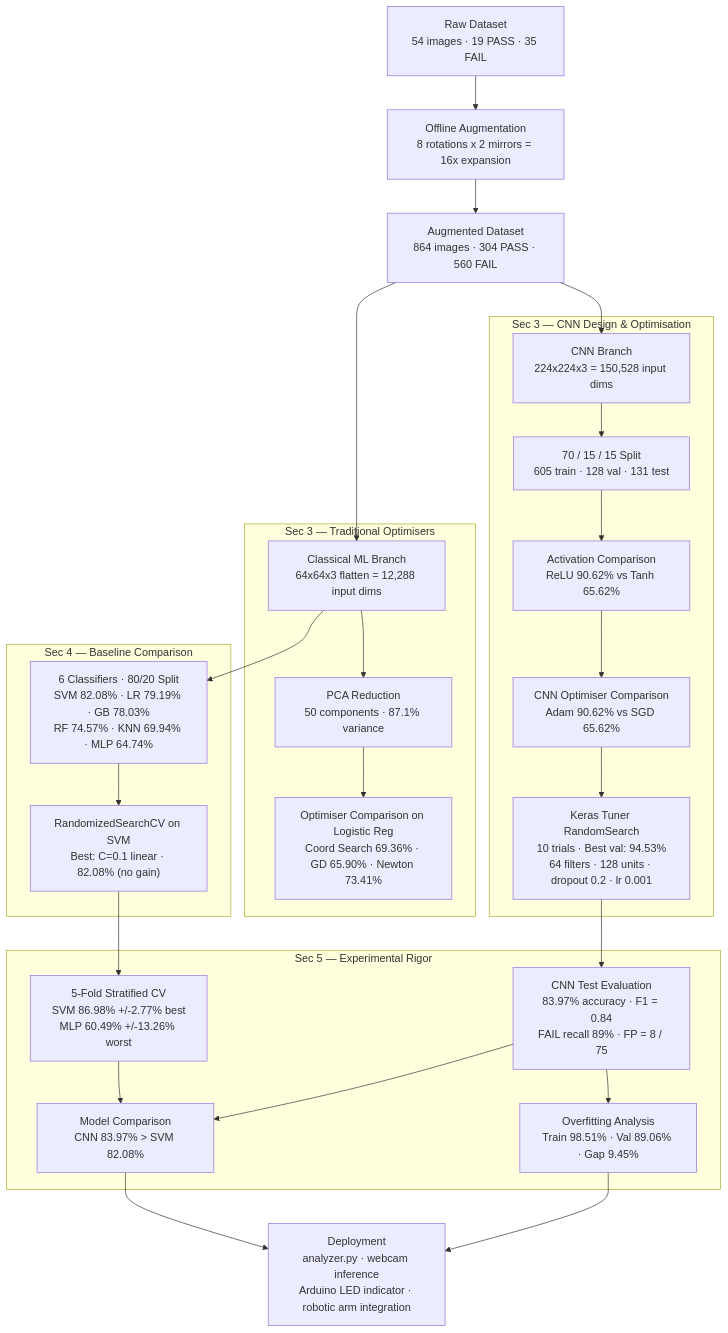
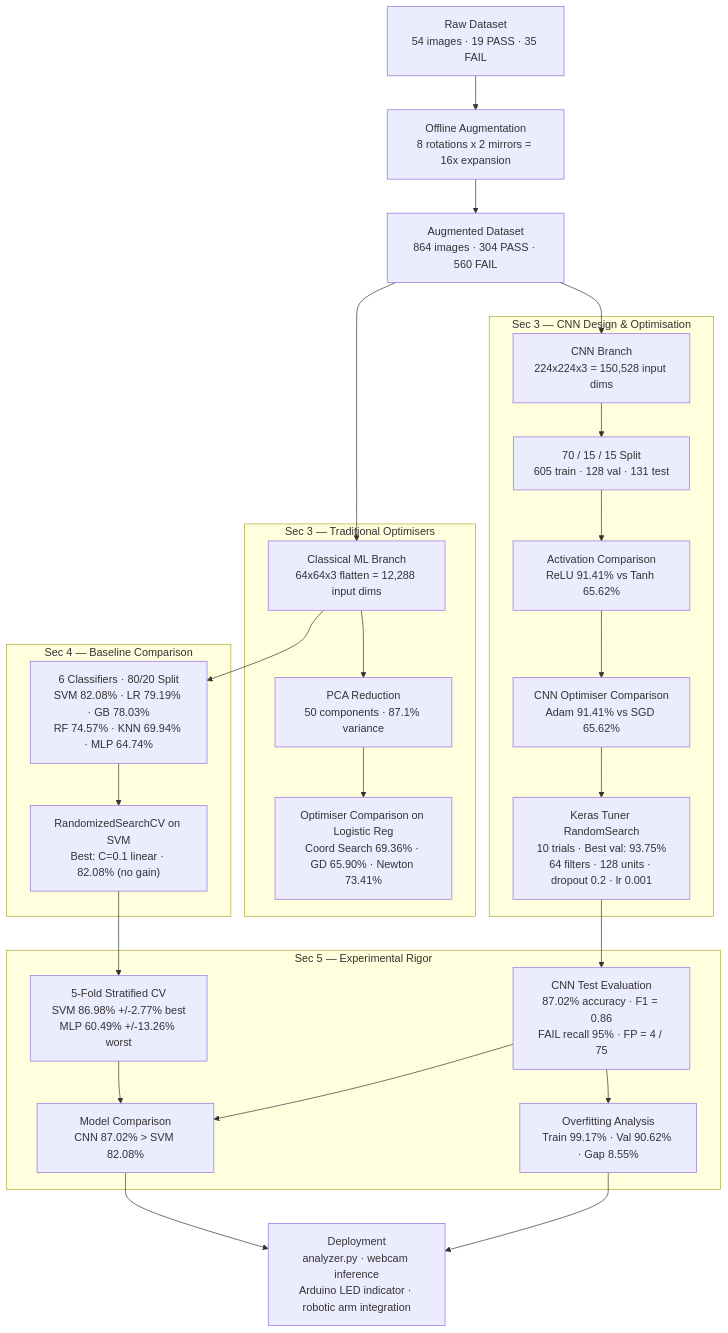
The diagram in README.md (MrRox1337/breadboard-analyzer), drawn with Mermaid before and after one commit. The commit also changed other lines of this file and 1 other file, not shown here.

````diff
--- a/README.md
+++ b/README.md
@@ -181,36 +182,36 @@
 ```mermaid
 flowchart TD
     A["Raw Dataset\n54 images · 19 PASS · 35 FAIL"] --> B["Offline Augmentation\n8 rotations x 2 mirrors = 16x expansion"]
     B --> C["Augmented Dataset\n864 images · 304 PASS · 560 FAIL"]
 
     C --> CNN["CNN Branch\n224x224x3 = 150,528 input dims"]
     C --> CML["Classical ML Branch\n64x64x3 flatten = 12,288 input dims"]
 
     subgraph S3_CNN["Sec 3 — CNN Design & Optimisation"]
         CNN --> SP["70 / 15 / 15 Split\n605 train · 128 val · 131 test"]
-        SP --> ACT["Activation Comparison\nReLU 90.62% vs Tanh 65.62%"]
-        ACT --> OPT["CNN Optimiser Comparison\nAdam 90.62% vs SGD 65.62%"]
-        OPT --> RS["Keras Tuner RandomSearch\n10 trials · Best val: 94.53%\n64 filters · 128 units · dropout 0.2 · lr 0.001"]
+        SP --> ACT["Activation Comparison\nReLU 91.41% vs Tanh 65.62%"]
+        ACT --> OPT["CNN Optimiser Comparison\nAdam 91.41% vs SGD 65.62%"]
+        OPT --> RS["Keras Tuner RandomSearch\n10 trials · Best val: 93.75%\n64 filters · 128 units · dropout 0.2 · lr 0.001"]
     end
 
     subgraph S3_TRAD["Sec 3 — Traditional Optimisers"]
         CML --> PCA["PCA Reduction\n50 components · 87.1% variance"]
         PCA --> TOPT["Optimiser Comparison on Logistic Reg\nCoord Search 69.36% · GD 65.90% · Newton 73.41%"]
     end
 
     subgraph S4["Sec 4 — Baseline Comparison"]
         CML --> BL["6 Classifiers · 80/20 Split\nSVM 82.08% · LR 79.19% · GB 78.03%\nRF 74.57% · KNN 69.94% · MLP 64.74%"]
         BL --> RSCV["RandomizedSearchCV on SVM\nBest: C=0.1 linear · 82.08% (no gain)"]
     end
 
     subgraph S5["Sec 5 — Experimental Rigor"]
         RSCV --> CV["5-Fold Stratified CV\nSVM 86.98% +/-2.77% best\nMLP 60.49% +/-13.26% worst"]
-        RS --> EVAL["CNN Test Evaluation\n83.97% accuracy · F1 = 0.84\nFAIL recall 89% · FP = 8 / 75"]
-        CV --> CMP["Model Comparison\nCNN 83.97% > SVM 82.08%"]
+        RS --> EVAL["CNN Test Evaluation\n87.02% accuracy · F1 = 0.86\nFAIL recall 95% · FP = 4 / 75"]
+        CV --> CMP["Model Comparison\nCNN 87.02% > SVM 82.08%"]
         EVAL --> CMP
-        EVAL --> OFA["Overfitting Analysis\nTrain 98.51% · Val 89.06% · Gap 9.45%"]
+        EVAL --> OFA["Overfitting Analysis\nTrain 99.17% · Val 90.62% · Gap 8.55%"]
     end
 
     CMP --> DEP["Deployment\nanalyzer.py · webcam inference\nArduino LED indicator · robotic arm integration"]
     OFA --> DEP
 ```
````
